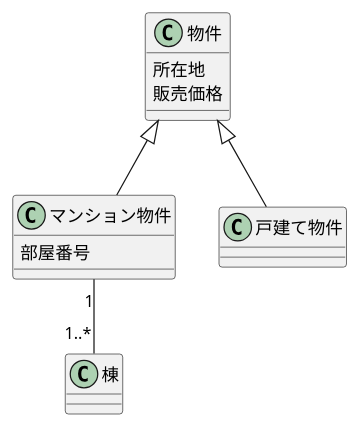
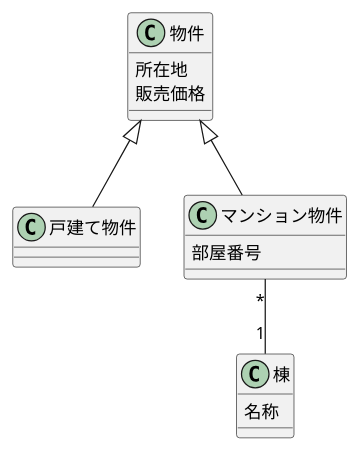
The diagram in ch03/excercise/3-1.puml (yinm/uml-modeling-lesson), drawn with PlantUML before and after one commit. The commit also changed 1 other file, not shown here.

```diff
--- a/ch03/excercise/3-1.puml
+++ b/ch03/excercise/3-1.puml
@@ -1,21 +1,23 @@
 @startuml
 
 class 物件 {
   所在地
   販売価格
 }
 
+class 戸建て物件
 
 class マンション物件 {
   部屋番号
 }
 
-class 戸建て物件
-class 棟
+class 棟 {
+  名称
+}
 
+物件 <|-- 戸建て物件
 物件 <|-- マンション物件
-物件 <|-- 戸建て物件
 
-マンション物件 "1"--"1..*" 棟
+マンション物件 "*"--"1" 棟
 
 @enduml
```
